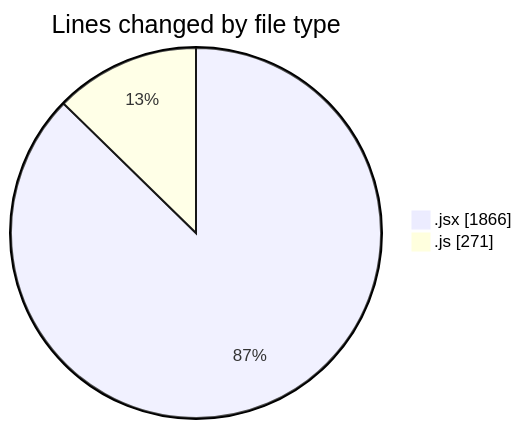
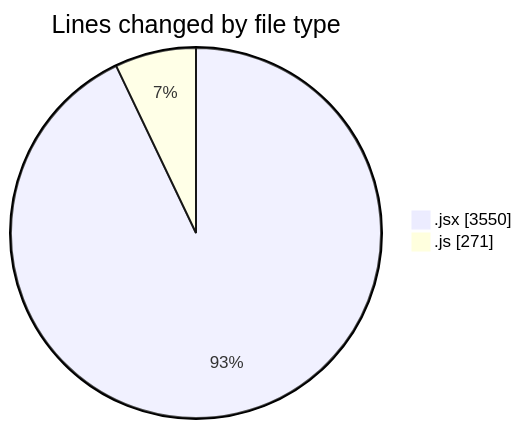
The first of 2 diagrams in 2025-05-19/nxtqube_webapp/README.md (nxtqubesakshisongat/code-tracking), drawn with Mermaid before and after one commit. The commit also changed other lines of this file and 1 other file, not shown here.

````diff
--- a/2025-05-19/nxtqube_webapp/README.md
+++ b/2025-05-19/nxtqube_webapp/README.md
@@ -27,6 +28,6 @@
 ```mermaid
 pie showData
 title Lines changed by file type
-".jsx" : 1866
+".jsx" : 3550
 ".js" : 271
 ```
````
